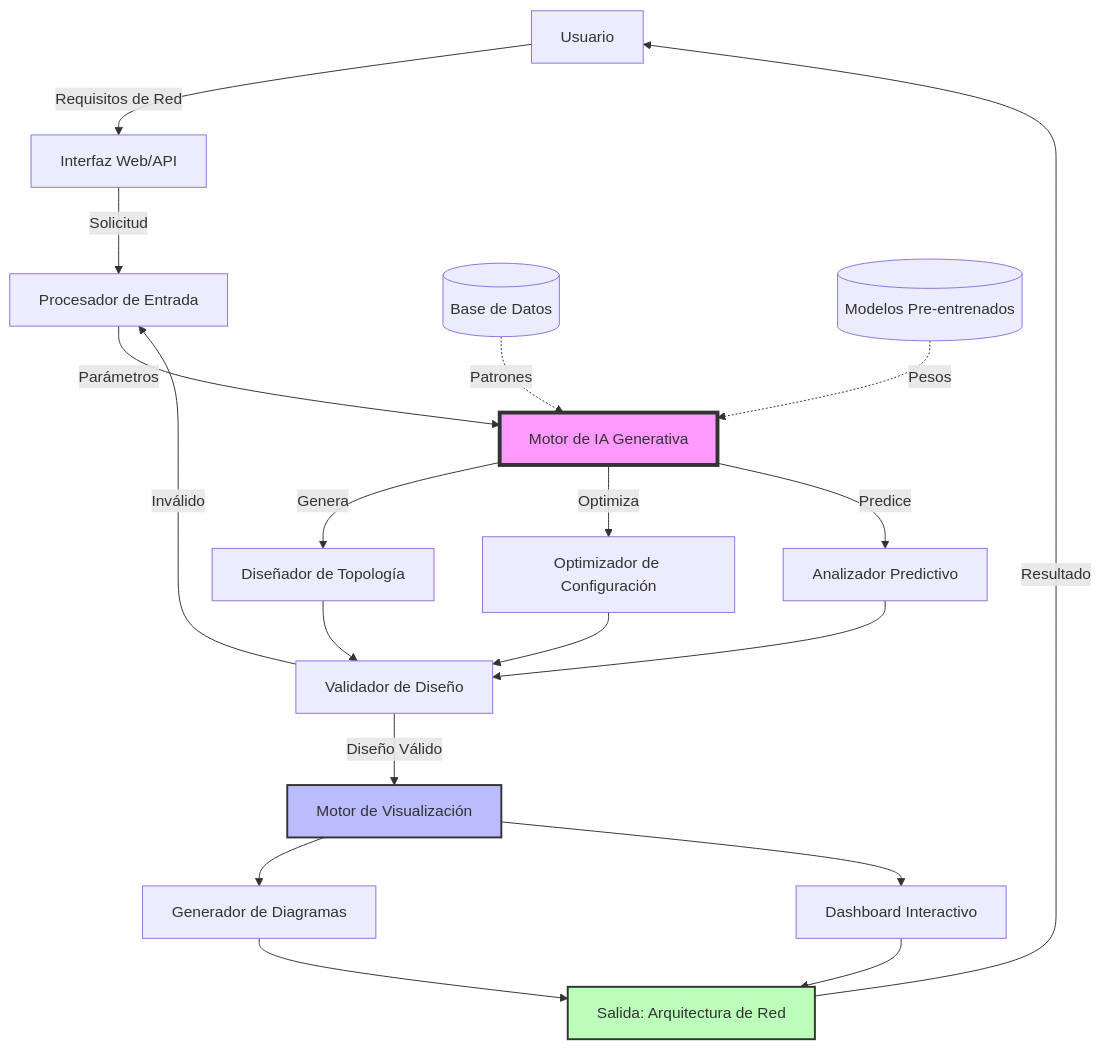
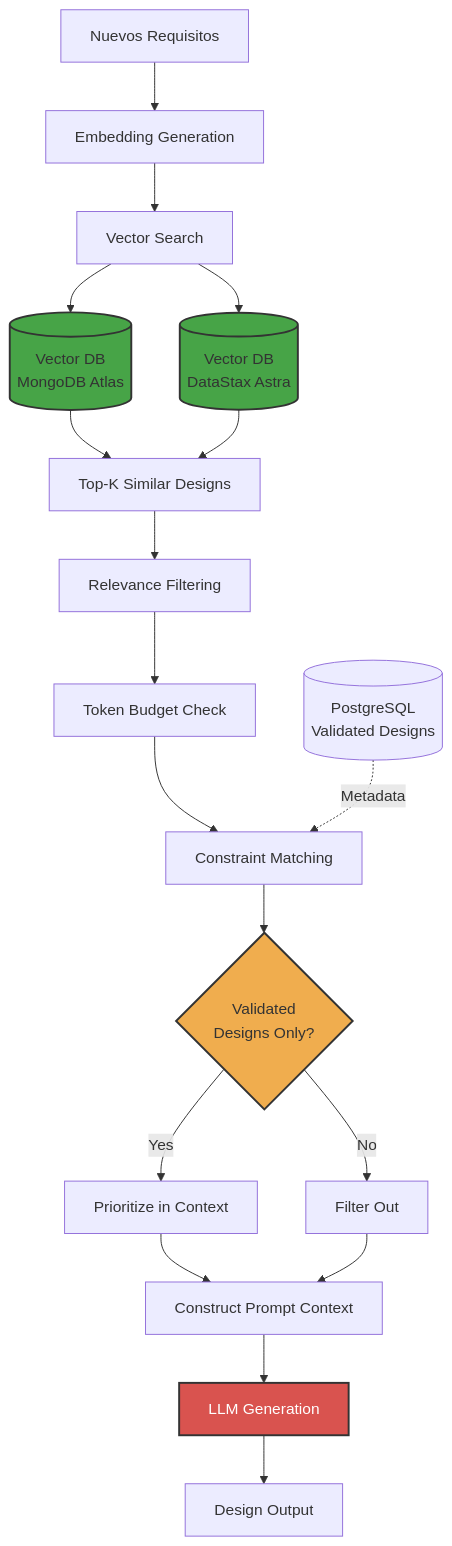
The fourth of 6 diagrams in README.md (rjamoriz/Generative-AI-Network-Architecture-Design-System), drawn with Mermaid before and after one commit. The commit also changed other lines of this file, not shown here.

Commit message:
Update README with complete technical specifications, detailed architecture diagrams, and phased implementation plan

````diff
--- a/README.md
+++ b/README.md
@@ -49,32 +391,33 @@
 ```mermaid
 graph TD
-    A[Usuario] -->|Requisitos de Red| B[Interfaz Web/API]
-    B -->|Solicitud| C[Procesador de Entrada]
-    C -->|Parámetros| D[Motor de IA Generativa]
+    A[Nuevos Requisitos] --> B[Embedding Generation]
+    B --> C[Vector Search]
     
-    D -->|Genera| E[Diseñador de Topología]
-    D -->|Optimiza| F[Optimizador de Configuración]
-    D -->|Predice| G[Analizador Predictivo]
+    C --> D[(Vector DB<br/>MongoDB Atlas)]
+    C --> E[(Vector DB<br/>DataStax Astra)]
     
-    E --> H[Validador de Diseño]
-    F --> H
-    G --> H
+    D --> F[Top-K Similar Designs]
+    E --> F
     
-    H -->|Diseño Válido| I[Motor de Visualización]
-    H -->|Inválido| C
+    F --> G[Relevance Filtering]
+    G --> H[Token Budget Check]
+    H --> I[Constraint Matching]
     
-    I --> J[Generador de Diagramas]
-    I --> K[Dashboard Interactivo]
+    I --> J{Validated<br/>Designs Only?}
     
-    J --> L[Salida: Arquitectura de Red]
-    K --> L
+    J -->|Yes| K[Prioritize in Context]
+    J -->|No| L[Filter Out]
     
-    L -->|Resultado| A
+    K --> M[Construct Prompt Context]
+    L --> M
     
-    M[(Base de Datos)] -.->|Patrones| D
-    N[(Modelos Pre-entrenados)] -.->|Pesos| D
+    M --> N[LLM Generation]
+    N --> O[Design Output]
     
-    style D fill:#f9f,stroke:#333,stroke-width:4px
-    style I fill:#bbf,stroke:#333,stroke-width:2px
-    style L fill:#bfb,stroke:#333,stroke-width:2px
+    P[(PostgreSQL<br/>Validated Designs)] -.->|Metadata| I
+    
+    style D fill:#47a447,stroke:#333,stroke-width:2px
+    style E fill:#47a447,stroke:#333,stroke-width:2px
+    style J fill:#f0ad4e,stroke:#333,stroke-width:2px
+    style N fill:#d9534f,stroke:#333,stroke-width:2px,color:#fff
 ```
````
